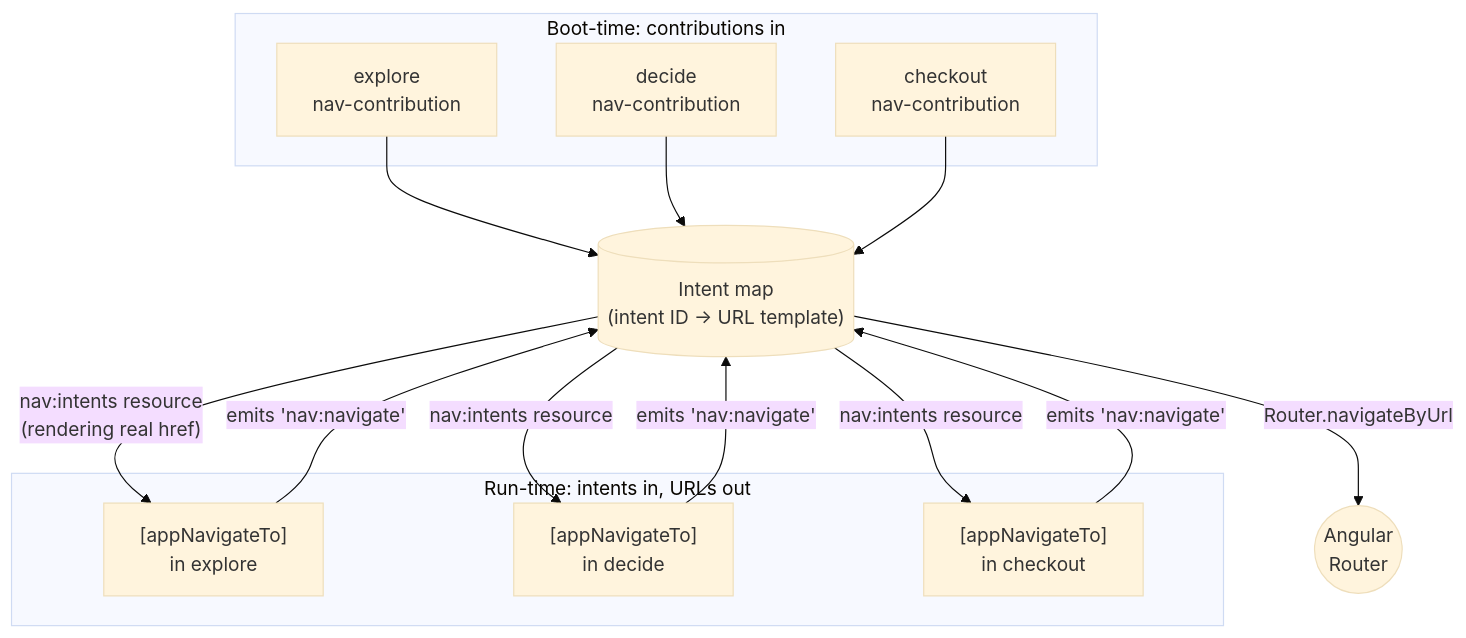
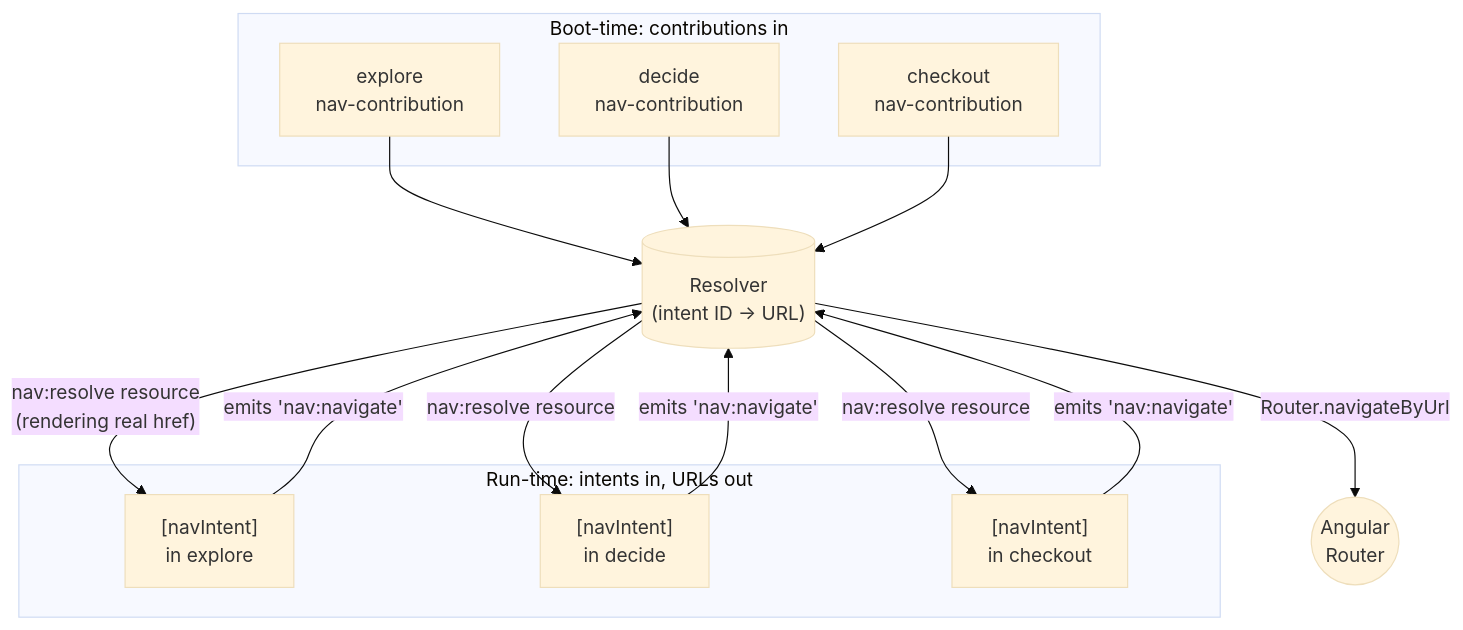
The first of 2 diagrams in angular/tractor-store/docs/navigation.md (native-federation/playground), drawn with Mermaid (base theme) before and after one commit. The commit also changed other lines of this file, not shown here.

Commit message:
docs(tractor-store): update navigation.md for the host resolver and [navIntent]

````diff
--- a/angular/tractor-store/docs/navigation.md
+++ b/angular/tractor-store/docs/navigation.md
@@ -156,29 +145,29 @@
 ```mermaid
 flowchart TB
-    Reg[("Intent map<br/>(intent ID → URL template)")]
+    Res[("Resolver<br/>(intent ID → URL)")]
 
     subgraph Contributions["Boot-time: contributions in"]
         EC[explore<br/>nav-contribution]
         DC[decide<br/>nav-contribution]
         CC[checkout<br/>nav-contribution]
     end
 
     subgraph Resolution["Run-time: intents in, URLs out"]
-        EL["[appNavigateTo]<br/>in explore"]
-        DL["[appNavigateTo]<br/>in decide"]
-        CL["[appNavigateTo]<br/>in checkout"]
+        EL["[navIntent]<br/>in explore"]
+        DL["[navIntent]<br/>in decide"]
+        CL["[navIntent]<br/>in checkout"]
     end
 
-    EC --> Reg
-    DC --> Reg
-    CC --> Reg
+    EC --> Res
+    DC --> Res
+    CC --> Res
 
-    Reg -- "nav:intents resource<br/>(rendering real href)" --> EL
-    Reg -- "nav:intents resource" --> DL
-    Reg -- "nav:intents resource" --> CL
+    Res -- "nav:resolve resource<br/>(rendering real href)" --> EL
+    Res -- "nav:resolve resource" --> DL
+    Res -- "nav:resolve resource" --> CL
 
-    EL -- "emits 'nav:navigate'" --> Reg
-    DL -- "emits 'nav:navigate'" --> Reg
-    CL -- "emits 'nav:navigate'" --> Reg
-    Reg -- "Router.navigateByUrl" --> Router((Angular<br/>Router))
+    EL -- "emits 'nav:navigate'" --> Res
+    DL -- "emits 'nav:navigate'" --> Res
+    CL -- "emits 'nav:navigate'" --> Res
+    Res -- "Router.navigateByUrl" --> Router((Angular<br/>Router))
 ```
````
